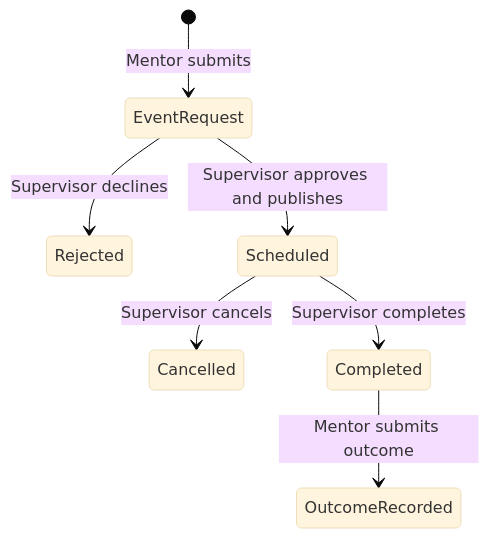
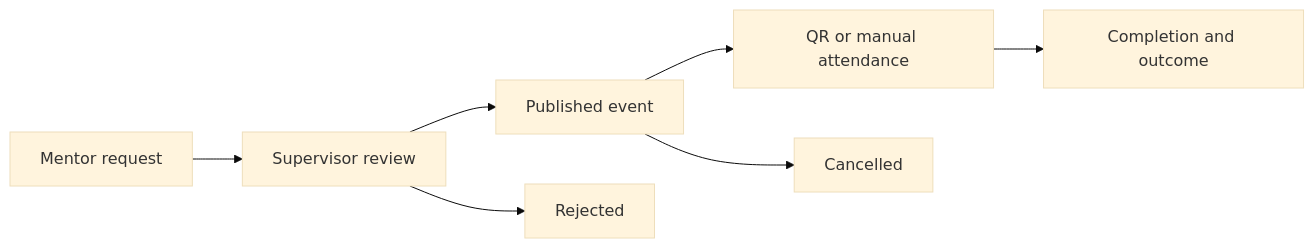
One commit to MamilaGun23/fye-hub-MDU2 changed the diagram in docs/ARCHITECTURE.md. Above: the diagram before and after it, drawn with Mermaid (base theme). The commit also changed other lines of this file and 33 other files, not shown here.

````diff
--- a/docs/ARCHITECTURE.md
+++ b/docs/ARCHITECTURE.md
@@ -45,9 +22,9 @@
 ```mermaid
-stateDiagram-v2
-    [*] --> EventRequest: Mentor submits
-    EventRequest --> Rejected: Supervisor declines
-    EventRequest --> Scheduled: Supervisor approves and publishes
-    Scheduled --> Cancelled: Supervisor cancels
-    Scheduled --> Completed: Supervisor completes
-    Completed --> OutcomeRecorded: Mentor submits outcome
+flowchart LR
+    Request[Mentor request] --> Review[Supervisor review]
+    Review --> Approved[Published event]
+    Review --> Rejected
+    Approved --> Attendance[QR or manual attendance]
+    Attendance --> Completed[Completion and outcome]
+    Approved --> Cancelled
 ```
````
